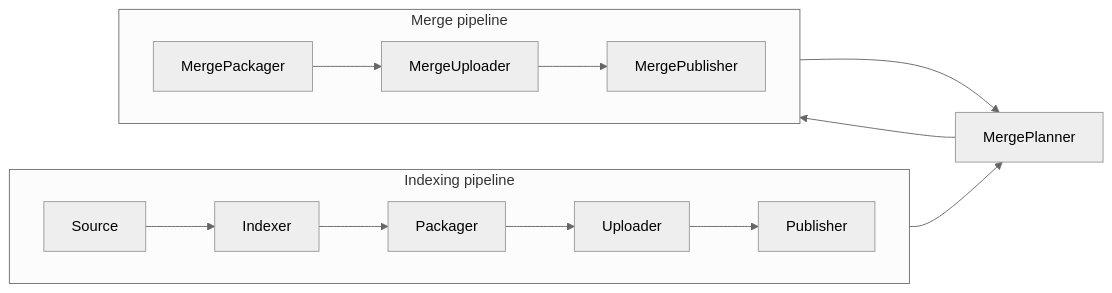
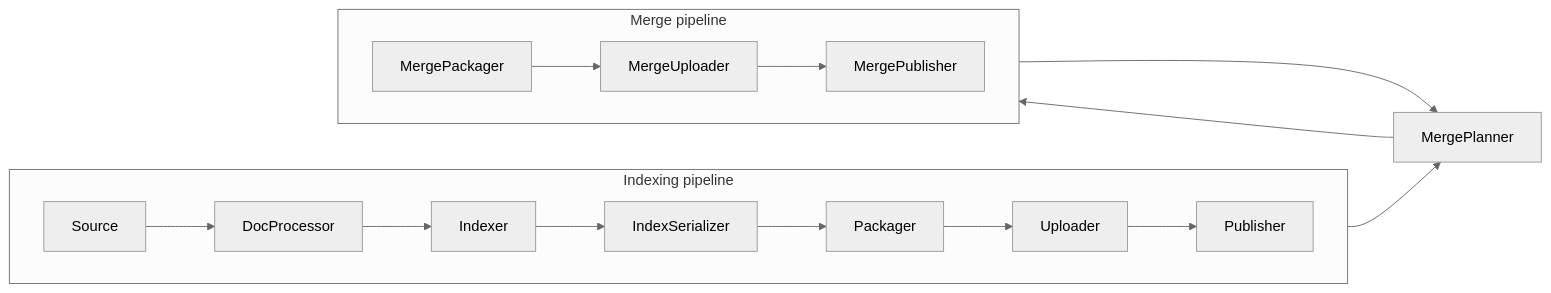
Before and after one commit to quickwit-oss/quickwit: the diagram in quickwit/quickwit-indexing/README.md, drawn with Mermaid (neutral theme). The commit also changed 29 other files, not shown here.

````diff
--- a/quickwit/quickwit-indexing/README.md
+++ b/quickwit/quickwit-indexing/README.md
@@ -1,18 +1,20 @@
 ```mermaid
 flowchart LR
     subgraph Indexing pipeline
         direction LR
-        source[Source] --> indexer
-        indexer[Indexer] --> packager
+        source[Source] --> doc_processor
+        doc_processor[DocProcessor] --> indexer
+        indexer[Indexer] --> serializer
+        serializer[IndexSerializer] --> packager
         packager[Packager] --> uploader
         uploader[Uploader] --> publisher
     end
     subgraph Merge pipeline
         direction LR
         merge_packager[MergePackager] --> merge_uploader
         merge_uploader[MergeUploader] --> merge_publisher
     end
     merge_planner[MergePlanner] --> merge_packager
     merge_publisher[MergePublisher] --> merge_planner
     publisher[Publisher] --> merge_planner
 ```
````
